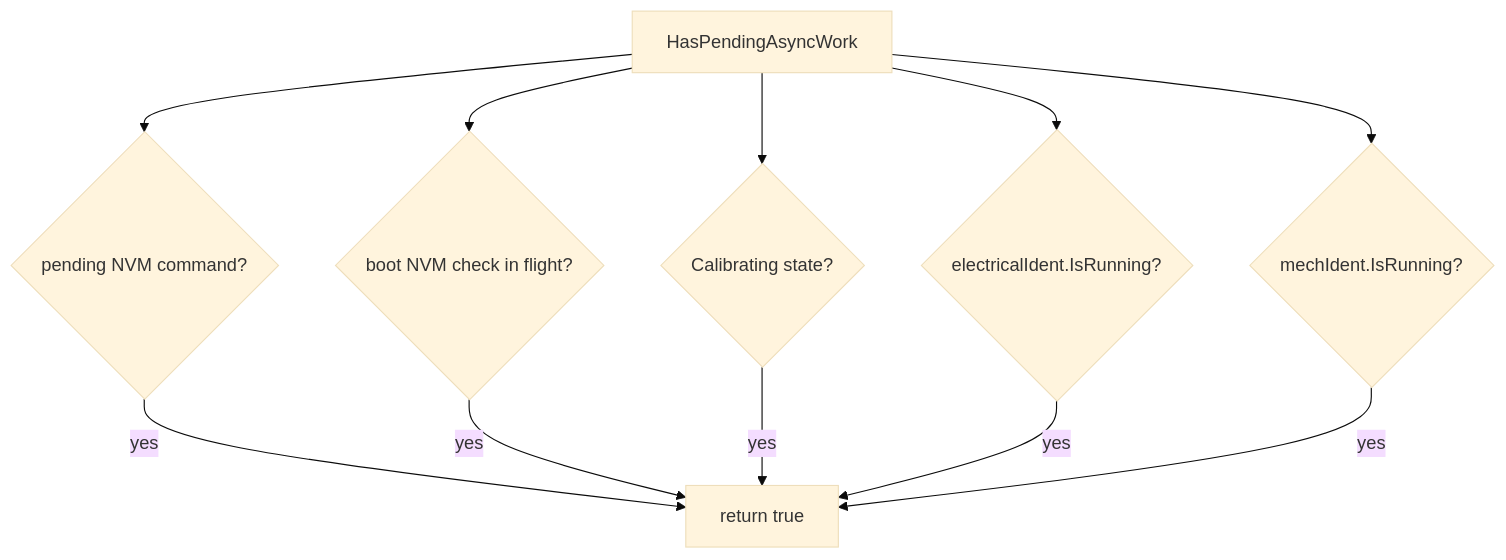
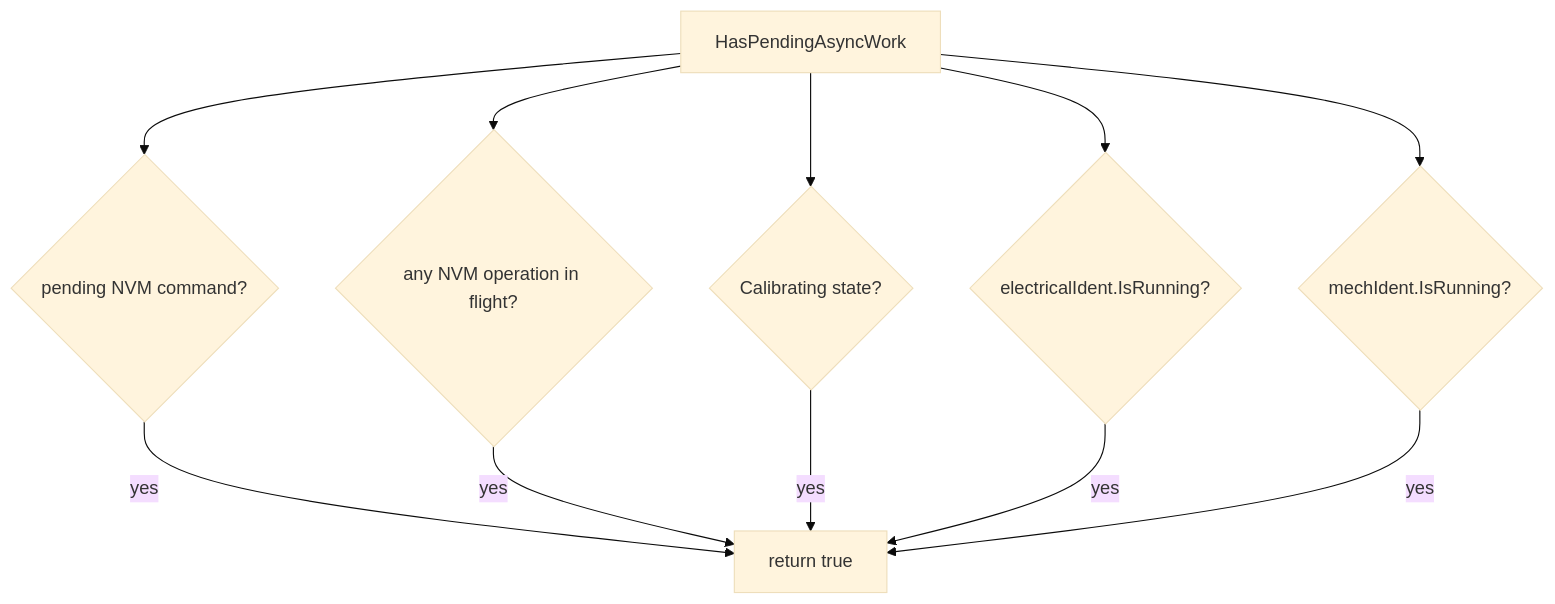
The third of 6 diagrams in documentation/design/async-callback-lifetime.md (embedded-pro/e-foc), drawn with Mermaid (base theme) before and after one commit. The commit also changed 20 other files, not shown here.

````diff
--- a/documentation/design/async-callback-lifetime.md
+++ b/documentation/design/async-callback-lifetime.md
@@ -90,13 +90,13 @@
 ```mermaid
 graph TD
     A[HasPendingAsyncWork] --> B{pending NVM command?}
-    A --> C{boot NVM check in flight?}
+    A --> C{any NVM operation in flight?}
     A --> D{Calibrating state?}
     A --> E{electricalIdent.IsRunning?}
     A --> F{mechIdent.IsRunning?}
     B -- yes --> G[return true]
     C -- yes --> G
     D -- yes --> G
     E -- yes --> G
     F -- yes --> G
 ```
````
